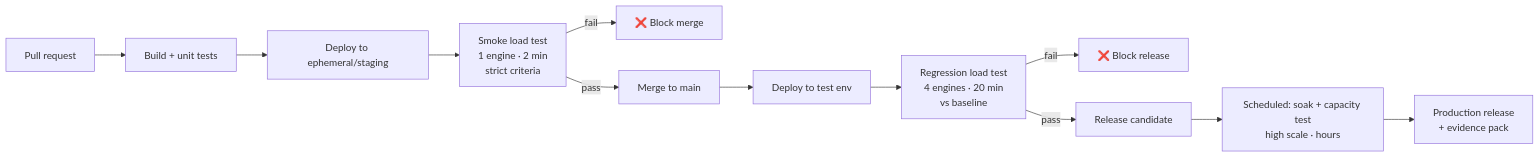
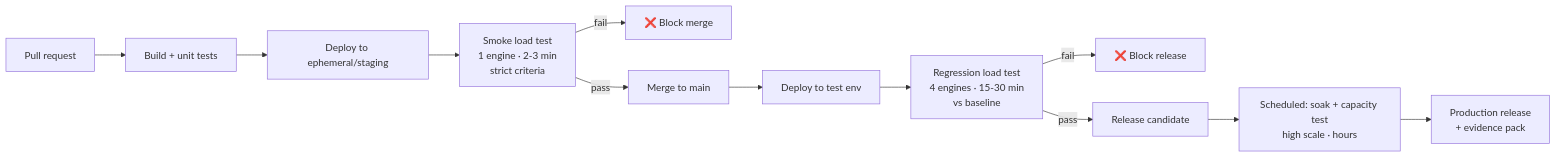
One commit to san360/contoso-bank-loadtest changed the diagram in docs/08-cicd-integration.md. Above: the diagram before and after it, drawn with Mermaid. The commit also changed other lines of this file and 47 other files, not shown here.

````diff
--- a/docs/08-cicd-integration.md
+++ b/docs/08-cicd-integration.md
@@ -190,14 +427,14 @@
 ```mermaid
 graph LR
     A["Pull request"] --> B["Build + unit tests"]
     B --> C["Deploy to ephemeral/staging"]
-    C --> D["Smoke load test<br/>1 engine · 2 min<br/>strict criteria"]
+    C --> D["Smoke load test<br/>1 engine · 2-3 min<br/>strict criteria"]
     D -->|fail| X["❌ Block merge"]
     D -->|pass| E["Merge to main"]
     E --> F["Deploy to test env"]
-    F --> G["Regression load test<br/>4 engines · 20 min<br/>vs baseline"]
+    F --> G["Regression load test<br/>4 engines · 15-30 min<br/>vs baseline"]
     G -->|fail| Y["❌ Block release"]
     G -->|pass| H["Release candidate"]
     H --> I["Scheduled: soak + capacity test<br/>high scale · hours"]
     I --> J["Production release<br/>+ evidence pack"]
 ```
````
